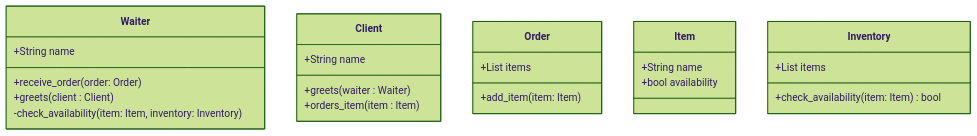
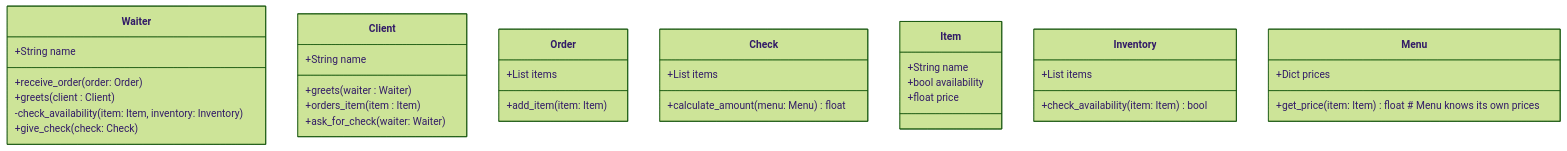
Before and after one commit to pawelofficial/dbagent: the diagram in docs/diagrams/class.mmd, drawn with Mermaid (forest theme). The commit also changed 13 other files, not shown here.

```diff
--- a/docs/diagrams/class.mmd
+++ b/docs/diagrams/class.mmd
@@ -1,29 +1,42 @@
 
 classDiagram 
     class Waiter {
         +String name
         +receive_order(order: Order)
         +greets (client : Client)
         -check_availability(item: Item, inventory: Inventory)
+        +give_check( check: Check )
     }
 
     class Client {
         +String name
         +greets(waiter : Waiter)
         +orders_item(item : Item )
+        +ask_for_check (waiter: Waiter)
     }
 
     class Order {
         +List items
         +add_item( item: Item)
     }
 
+    class Check {
+        +List items 
+        +calculate_amount(menu: Menu) float
+    }
+
     class Item {
         +String name
         +bool availability
+        +float price
     }
 
     class Inventory {
         +List items
         +check_availability(item: Item) bool
     }
+
+    class Menu {
+        +Dict prices
+        +get_price(item: Item) float    # Menu knows its own prices
+    }
```
